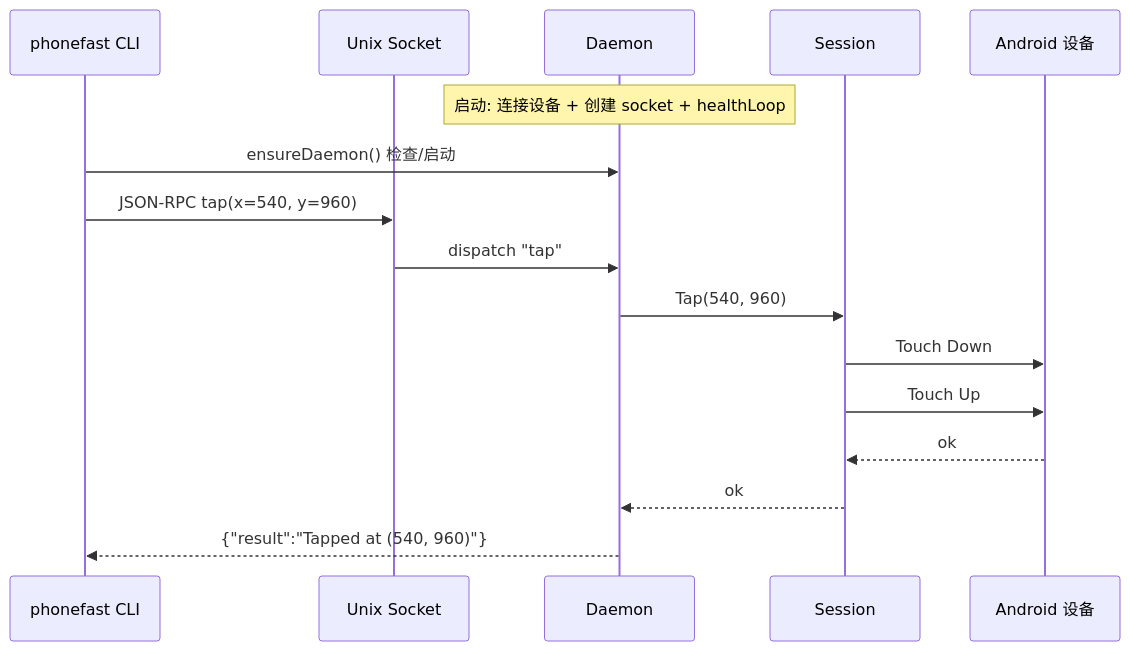
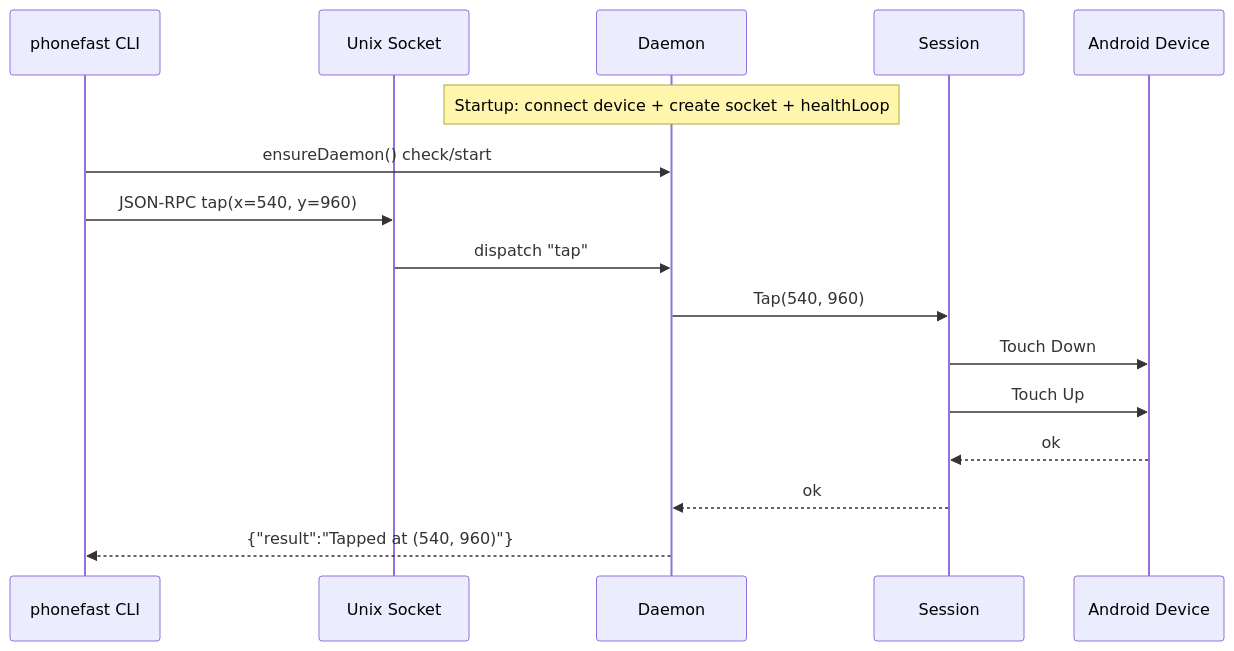
One commit to gezihua123/phonefast changed the tenth of 10 diagrams in docs/phonefast.md. Above: the diagram before and after it, drawn with Mermaid. The commit also changed other lines of this file and 11 other files, not shown here.

````diff
--- a/docs/phonefast.md
+++ b/docs/phonefast.md
@@ -328,20 +333,20 @@
 ```mermaid
 sequenceDiagram
     participant CLI as phonefast CLI
     participant DS as Unix Socket
     participant DM as Daemon
     participant SESS as Session
-    participant DEV as Android 设备
+    participant DEV as Android Device
 
-    Note over DM: 启动: 连接设备 + 创建 socket + healthLoop
+    Note over DM: Startup: connect device + create socket + healthLoop
 
-    CLI ->> DM: ensureDaemon() 检查/启动
+    CLI ->> DM: ensureDaemon() check/start
     CLI ->> DS: JSON-RPC tap(x=540, y=960)
     DS ->> DM: dispatch "tap"
     DM ->> SESS: Tap(540, 960)
     SESS ->> DEV: Touch Down
     SESS ->> DEV: Touch Up
     DEV -->> SESS: ok
     SESS -->> DM: ok
     DM -->> CLI: {"result":"Tapped at (540, 960)"}
 ```
````
